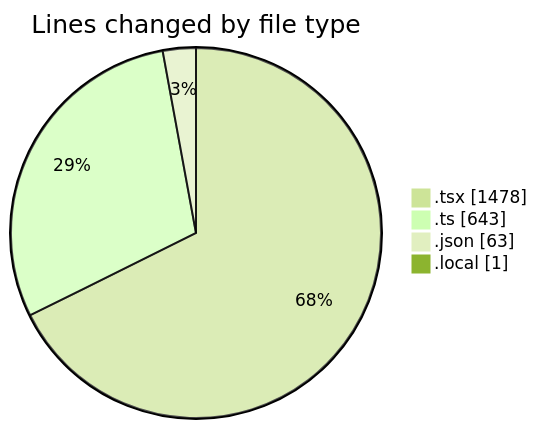
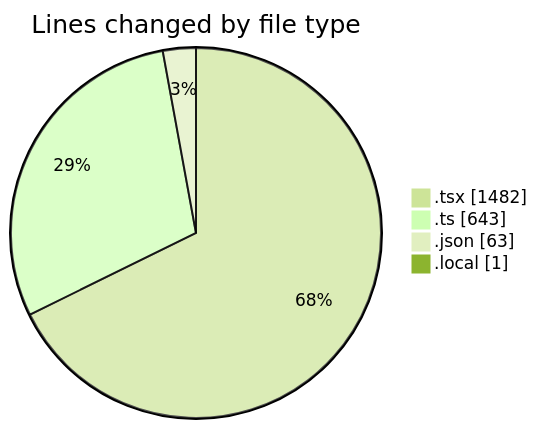
One commit to julien-gomy/code-tracking changed the first of 2 diagrams in 2025-10-21/eventscop-frontend-guide__workspace_/README.md. Above: the diagram before and after it, drawn with Mermaid (forest theme). The commit also changed other lines of this file and 1 other file, not shown here.

````diff
--- a/2025-10-21/eventscop-frontend-guide__workspace_/README.md
+++ b/2025-10-21/eventscop-frontend-guide__workspace_/README.md
@@ -44,8 +44,8 @@
 ```mermaid
 pie showData
 title Lines changed by file type
-".tsx" : 1478
+".tsx" : 1482
 ".ts" : 643
 ".json" : 63
 ".local" : 1
 ```
````
